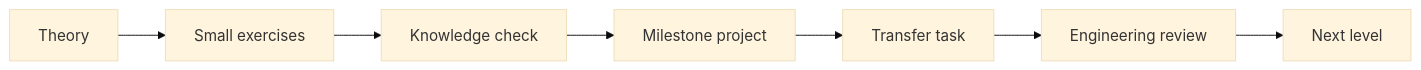
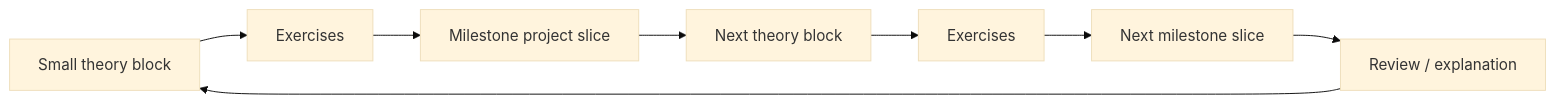
The first of 6 diagrams in SYSTEMS_ENGINEERING_ROADMAP.md (Ramzes8981/project-based-learning), drawn with Mermaid (base theme) before and after one commit. The commit also changed other lines of this file, not shown here.

Commit message:
refactor roadmap around incremental projects and CS core

````diff
--- a/SYSTEMS_ENGINEERING_ROADMAP.md
+++ b/SYSTEMS_ENGINEERING_ROADMAP.md
@@ -17,9 +17,10 @@
 ```mermaid
 flowchart LR
-    A[Theory] --> B[Small exercises]
-    B --> C[Knowledge check]
-    C --> D[Milestone project]
-    D --> E[Transfer task]
-    E --> F[Engineering review]
-    F --> G[Next level]
+    T1[Small theory block] --> E1[Exercises]
+    E1 --> P1[Milestone project slice]
+    P1 --> T2[Next theory block]
+    T2 --> E2[Exercises]
+    E2 --> P2[Next milestone slice]
+    P2 --> R[Review / explanation]
+    R --> T1
 ```
````
